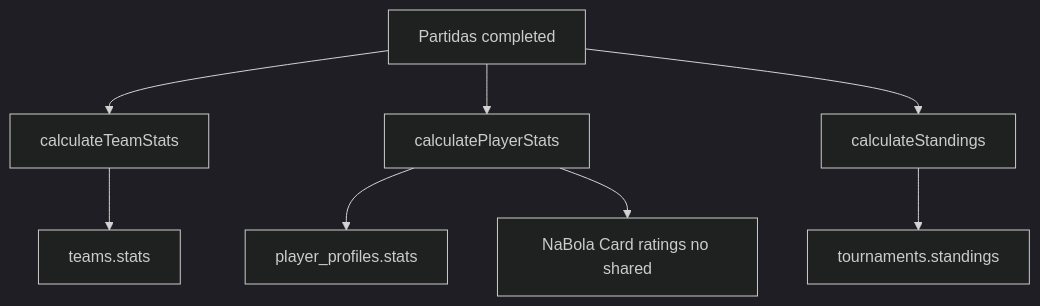
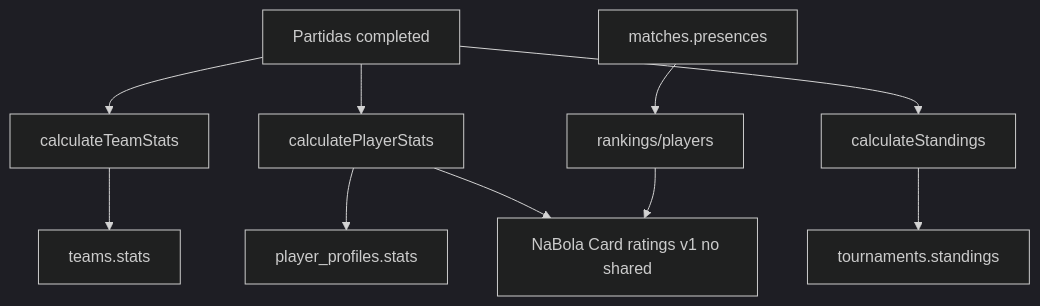
Before and after one commit to nalbcosta/soccer_stats: the tenth of 13 diagrams in docs/backend/domain-flows.md, drawn with Mermaid (dark theme). The commit also changed other lines of this file and 29 other files, not shown here.

````diff
--- a/docs/backend/domain-flows.md
+++ b/docs/backend/domain-flows.md
@@ -179,12 +265,14 @@
 ```mermaid
 flowchart TB
   Completed["Partidas completed"] --> TeamStats["calculateTeamStats"]
   Completed --> PlayerStats["calculatePlayerStats"]
   Completed --> Standings["calculateStandings"]
+  Presences["matches.presences"] --> Rankings["rankings/players"]
 
   TeamStats --> TeamCache["teams.stats"]
   PlayerStats --> PlayerCache["player_profiles.stats"]
   Standings --> TournamentCache["tournaments.standings"]
 
-  PlayerStats --> Card["NaBola Card ratings no shared"]
+  PlayerStats --> Card["NaBola Card ratings v1 no shared"]
+  Rankings --> Card
 ```
````
